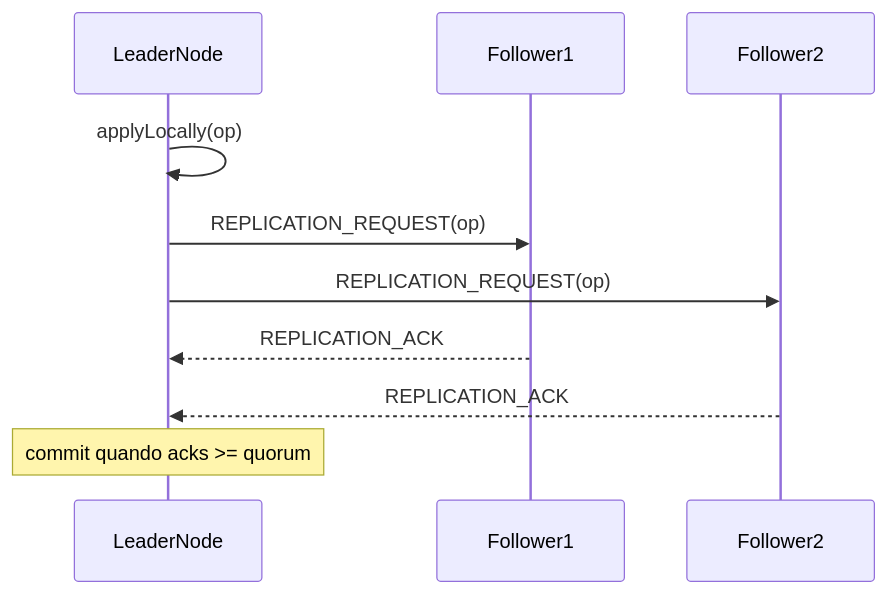
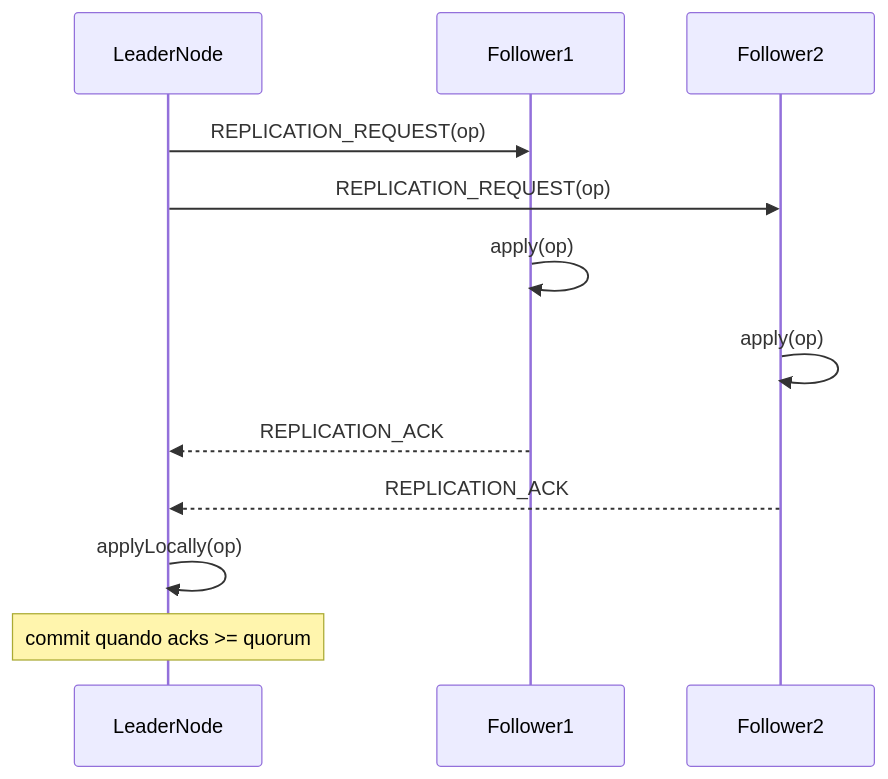
One commit to nishisan-dev/nishi-utils changed the second of 2 diagrams in doc/ngrid/examples.md. Above: the diagram before and after it, drawn with Mermaid. The commit also changed other lines of this file and 13 other files, not shown here.

````diff
--- a/doc/ngrid/examples.md
+++ b/doc/ngrid/examples.md
@@ -436,13 +447,15 @@
 ```mermaid
 sequenceDiagram
 participant Leader as LeaderNode
 participant F1 as Follower1
 participant F2 as Follower2
 
-Leader->>Leader: applyLocally(op)
 Leader->>F1: REPLICATION_REQUEST(op)
 Leader->>F2: REPLICATION_REQUEST(op)
+F1->>F1: apply(op)
+F2->>F2: apply(op)
 F1-->>Leader: REPLICATION_ACK
 F2-->>Leader: REPLICATION_ACK
+Leader->>Leader: applyLocally(op)
 Note over Leader: commit quando acks >= quorum
 ```
````
